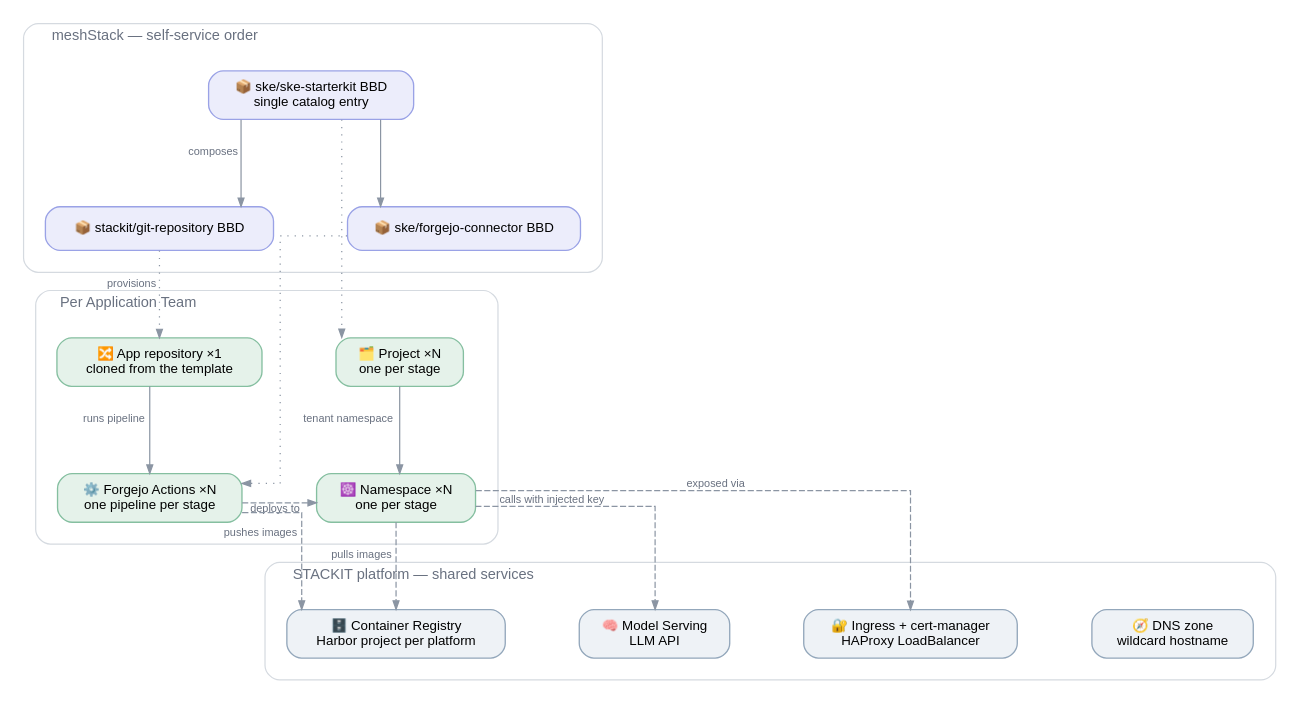
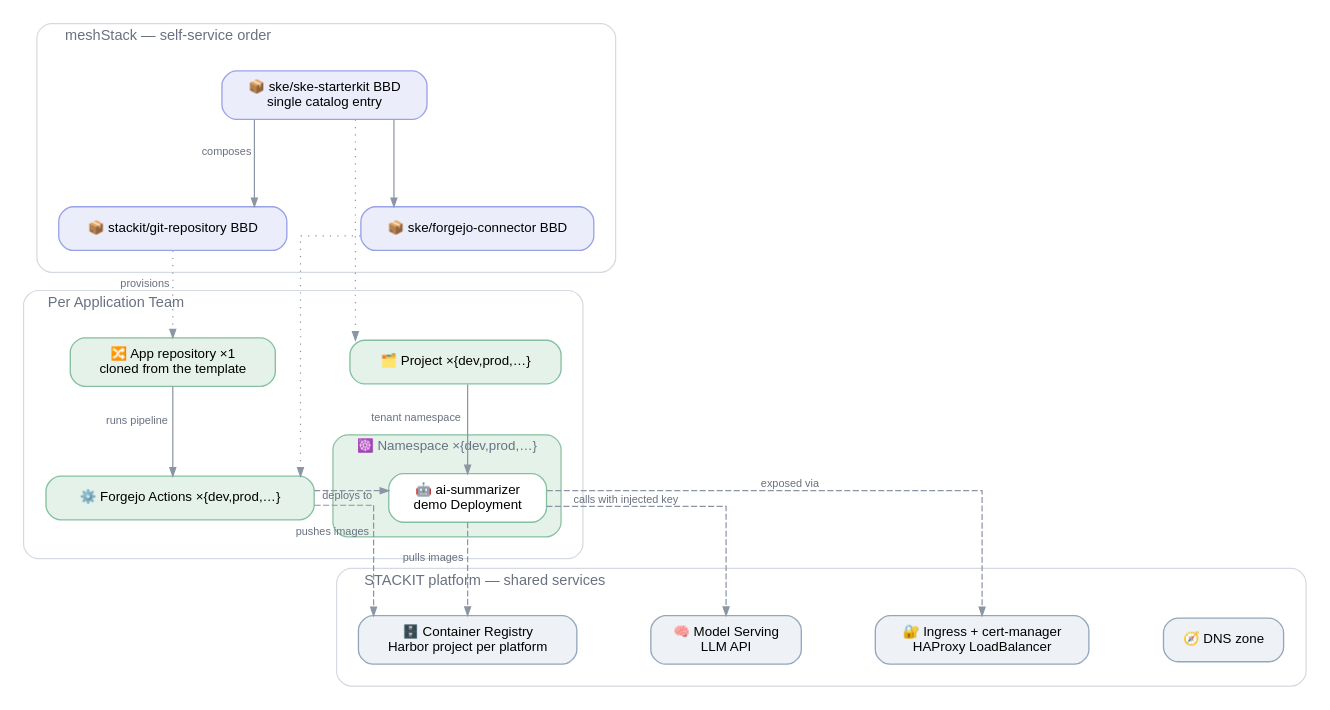
One commit to meshcloud/meshstack-hub changed the diagram in reference-architectures/stackit-kubernetes/stackit-kubernetes-app-team.dot. Above: the diagram before and after it, drawn with Graphviz. The commit also changed 1 other file, not shown here.

Commit message:
docs(ref-arch/stackit-kubernetes): show the demo app inside the namespace in the app-team diagram
Stages read as {dev,prod,…}, and the DNS zone no longer claims a wildcard hostname.

```diff
--- a/reference-architectures/stackit-kubernetes/stackit-kubernetes-app-team.dot
+++ b/reference-architectures/stackit-kubernetes/stackit-kubernetes-app-team.dot
@@ -1,84 +1,90 @@
 /*
  * STACKIT Kubernetes (SKE) reference architecture — application-team view.
  * Self-service on the platform the platform team bootstrapped (stackit-kubernetes.dot): one
  * starterkit order, and the runtime data flow of the resulting app across the shared STACKIT
  * services.
  * Conventions: .agents/references/diagrams.md — render with: task diagrams
  */
 digraph stackit_kubernetes_app_team {
   rankdir=TB
   splines=ortho
   forcelabels=true
   bgcolor="white"
   nodesep=0.85
   ranksep=1.0
 
   node [shape=box style="rounded,filled" fontname="Helvetica" fontsize=11
         fillcolor="#ffffff" color="#a2abb8" penwidth=1.1 margin="0.20,0.11"]
   edge [fontname="Helvetica" fontsize=9 fontcolor="#697180" color="#8b95a3" arrowsize=0.7]
 
   subgraph cluster_catalog {
     label="  meshStack — self-service order"
     labeljust=l
     fontname="Helvetica" fontsize=12 fontcolor="#697180"
     style="rounded" color="#d5dae0"
     margin=18
 
     BBD_S [label="📦 ske/ske-starterkit BBD\nsingle catalog entry" fillcolor="#ecedfb" color="#9aa2e6"]
     BBD_R [label="📦 stackit/git-repository BBD" fillcolor="#ecedfb" color="#9aa2e6"]
     BBD_C [label="📦 ske/forgejo-connector BBD" fillcolor="#ecedfb" color="#9aa2e6"]
 
     { rank=same; BBD_R -> BBD_C [style=invis] }
     BBD_S -> BBD_R [xlabel="composes"]
     BBD_S -> BBD_C
   }
 
   subgraph cluster_team {
     label="  Per Application Team"
     labeljust=l
     fontname="Helvetica" fontsize=12 fontcolor="#697180"
     style="rounded" color="#d5dae0"
     margin=18
 
     REPO [label="🔀 App repository ×1\ncloned from the template" fillcolor="#e5f2ea" color="#85bfa0"]
-    PROJ [label="🗂️ Project ×N\none per stage" fillcolor="#e5f2ea" color="#85bfa0"]
-    ACT  [label="⚙️ Forgejo Actions ×N\none pipeline per stage" fillcolor="#e5f2ea" color="#85bfa0"]
-    NS   [label="☸️ Namespace ×N\none per stage" fillcolor="#e5f2ea" color="#85bfa0"]
+    PROJ [label="🗂️ Project ×{dev,prod,…}" fillcolor="#e5f2ea" color="#85bfa0"]
+    ACT  [label="⚙️ Forgejo Actions ×{dev,prod,…}" fillcolor="#e5f2ea" color="#85bfa0"]
+    subgraph cluster_ns {
+      label="☸️ Namespace ×{dev,prod,…}"
+      fontname="Helvetica" fontsize=11
+      style="rounded,filled" fillcolor="#e5f2ea" color="#85bfa0"
+      margin=12
+
+      NS [label="🤖 ai-summarizer\ndemo Deployment" fillcolor="#ffffff" color="#85bfa0"]
+    }
 
     { rank=same; REPO -> PROJ [style=invis] }
-    { rank=same; ACT -> NS [style=invis] }
 
     REPO -> ACT [xlabel="runs pipeline"]
     PROJ -> NS  [xlabel="tenant namespace"]
   }
 
   subgraph cluster_shared {
     label="  STACKIT platform — shared services"
     labeljust=l
     fontname="Helvetica" fontsize=12 fontcolor="#697180"
     style="rounded" color="#d5dae0"
     margin=18
 
     HARBOR [label="🗄️ Container Registry\nHarbor project per platform" fillcolor="#eef2f6" color="#93a7bb"]
     MODEL  [label="🧠 Model Serving\nLLM API" fillcolor="#eef2f6" color="#93a7bb"]
     ING    [label="🔐 Ingress + cert-manager\nHAProxy LoadBalancer" fillcolor="#eef2f6" color="#93a7bb"]
-    DNS    [label="🧭 DNS zone\nwildcard hostname" fillcolor="#eef2f6" color="#93a7bb"]
+    DNS    [label="🧭 DNS zone" fillcolor="#eef2f6" color="#93a7bb"]
 
     { rank=same; HARBOR -> MODEL -> ING -> DNS [style=invis] }
   }
 
   // Ordering the starterkit is what creates the team's resources. BBD_R -> REPO keeps its ranking
   // constraint so the team cluster stacks below the catalog instead of beside it. Only this edge is
   // labelled — the other two are the same "provisions" relationship (diagrams.md: label one).
   BBD_R -> REPO [xlabel="provisions" style=dotted]
   BBD_S -> PROJ [style=dotted constraint=false]
   BBD_C -> ACT  [style=dotted constraint=false]
 
   // Runtime data flow of the deployed application. NS -> HARBOR keeps its constraint so the shared
   // services stack below the team; the rest are cross-cutting and must not distort the layout.
   NS  -> HARBOR [xlabel="pulls images" style=dashed]
   ACT -> HARBOR [xlabel="pushes images" style=dashed constraint=false]
   ACT -> NS     [xlabel="deploys to" style=dashed constraint=false]
   NS  -> MODEL  [xlabel="calls with injected key" style=dashed constraint=false]
   NS  -> ING    [xlabel="exposed via" style=dashed constraint=false]
 }
```
